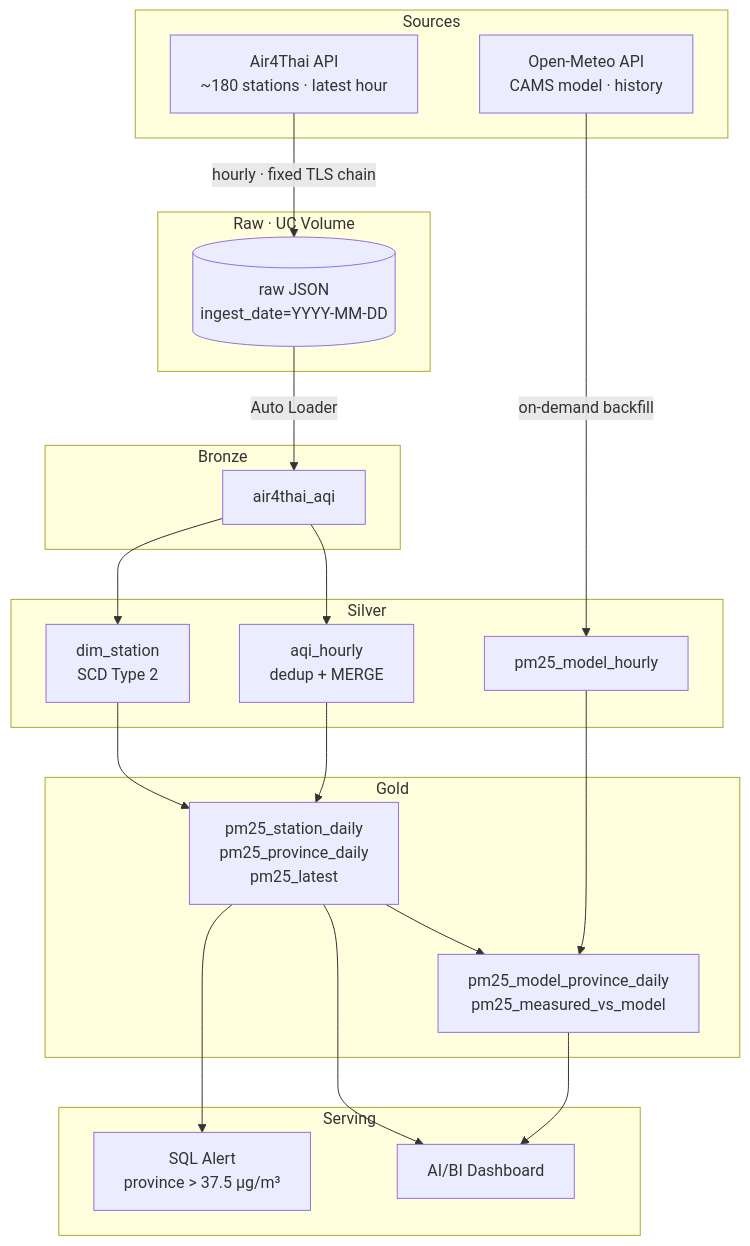
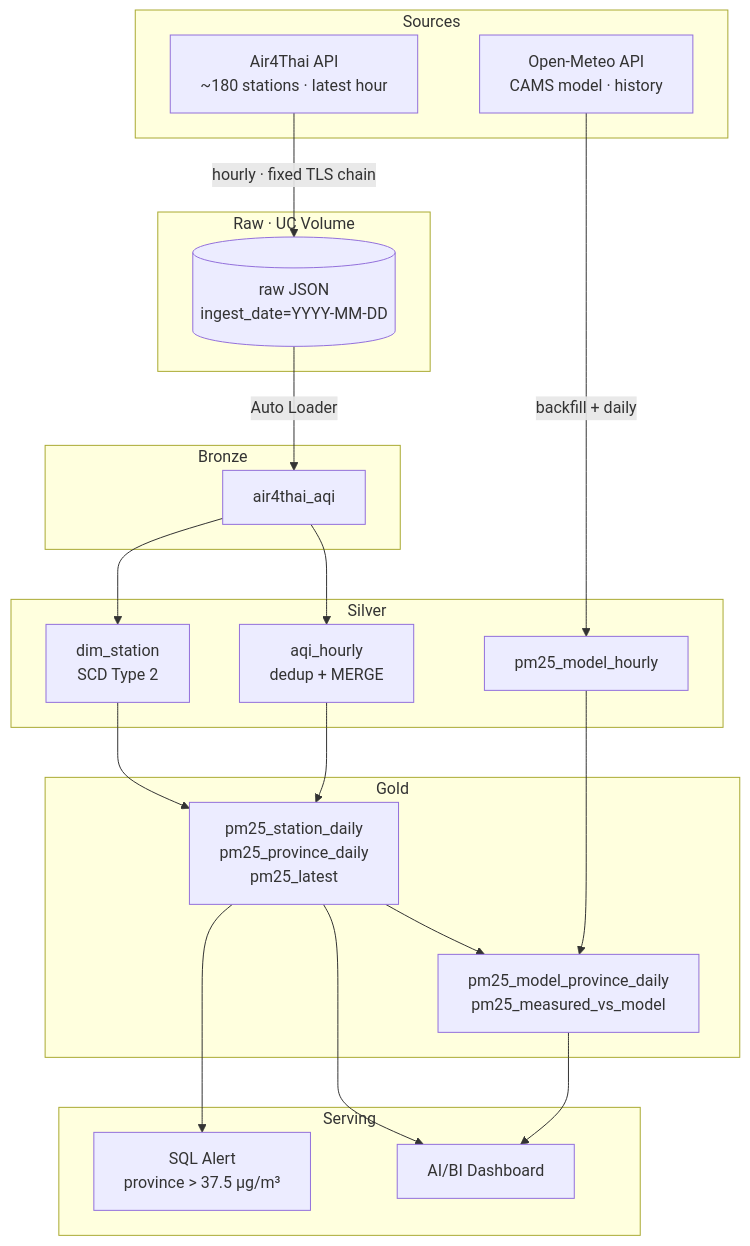
Before and after one commit to stampnapat/thai-air-quality-lakehouse: the diagram in README.md, drawn with Mermaid. The commit also changed other lines of this file and 2 other files, not shown here.

First line of the commit message:
Daily incremental Open-Meteo load; README screenshots and backfill stats

````diff
--- a/README.md
+++ b/README.md
@@ -19,38 +19,38 @@
 ```mermaid
 flowchart TB
     subgraph SRC[Sources]
         A[Air4Thai API<br/>~180 stations · latest hour]
         O[Open-Meteo API<br/>CAMS model · history]
     end
     subgraph RAW[Raw · UC Volume]
         B[(raw JSON<br/>ingest_date=YYYY-MM-DD)]
     end
     subgraph BRZ[Bronze]
         C[air4thai_aqi]
     end
     subgraph SLV[Silver]
         D[aqi_hourly<br/>dedup + MERGE]
         E[dim_station<br/>SCD Type 2]
         M[pm25_model_hourly]
     end
     subgraph GLD[Gold]
         F[pm25_station_daily<br/>pm25_province_daily<br/>pm25_latest]
         G[pm25_model_province_daily<br/>pm25_measured_vs_model]
     end
     subgraph SRV[Serving]
         H[AI/BI Dashboard]
         I[SQL Alert<br/>province &gt; 37.5 µg/m³]
     end
     A -->|hourly · fixed TLS chain| B
     B -->|Auto Loader| C
     C --> D
     C --> E
-    O -->|on-demand backfill| M
+    O -->|backfill + daily| M
     D --> F
     E --> F
     M --> G
     F --> G
     F --> H
     G --> H
     F --> I
 ```
````
